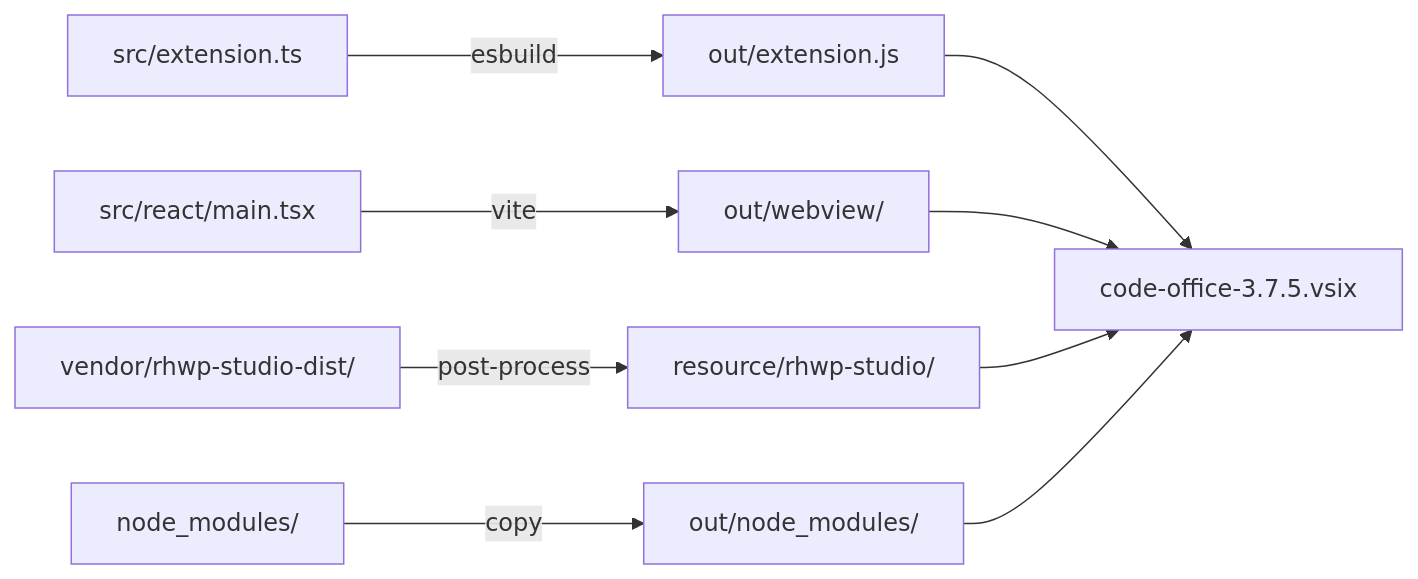
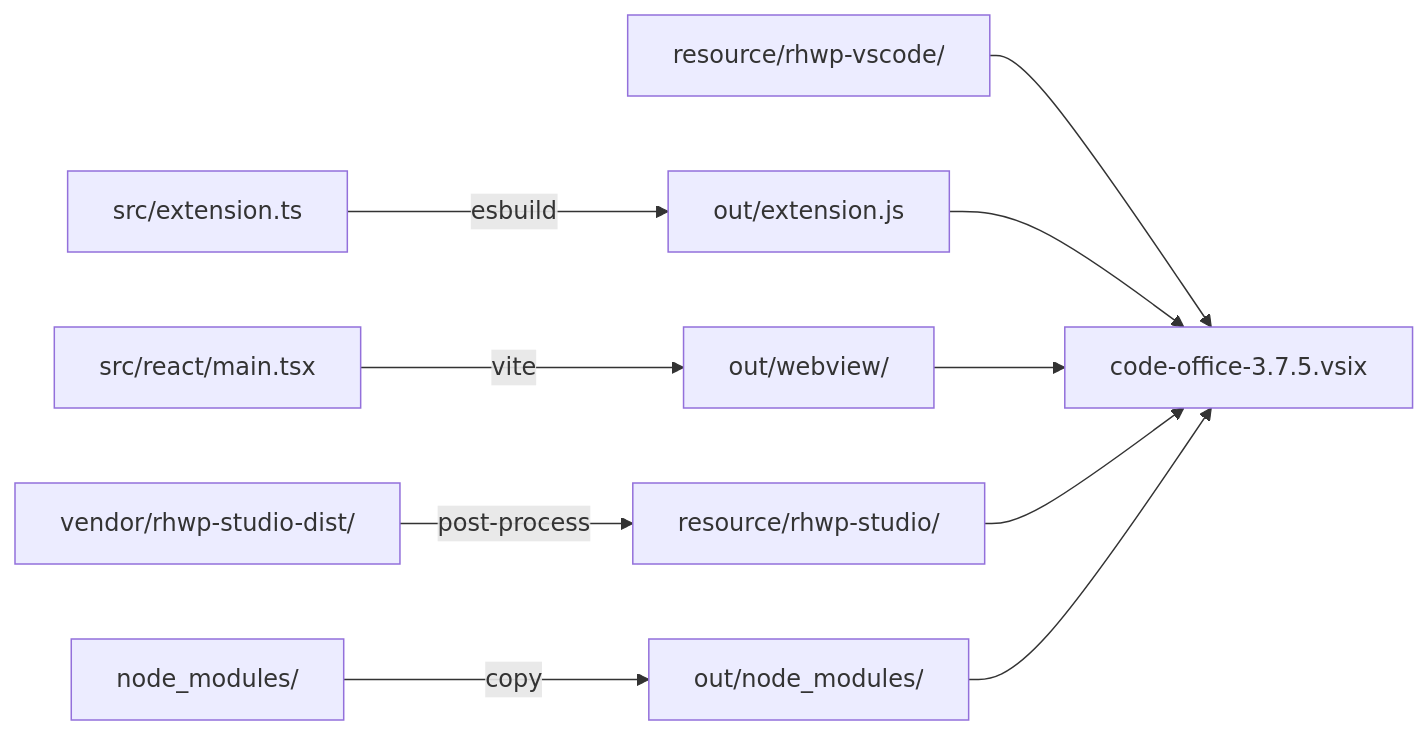
One commit to lidge-jun/code-office changed the diagram in structure/05-build-release.md. Above: the diagram before and after it, drawn with Mermaid. The commit also changed other lines of this file and 44 other files, not shown here.

````diff
--- a/structure/05-build-release.md
+++ b/structure/05-build-release.md
@@ -17,11 +17,12 @@
 ```mermaid
 graph LR
     SRC["src/extension.ts"] -->|esbuild| EXT["out/extension.js"]
     REACT["src/react/main.tsx"] -->|vite| WV["out/webview/"]
     VENDOR["vendor/rhwp-studio-dist/"] -->|post-process| RHWP["resource/rhwp-studio/"]
+    RHWPV["resource/rhwp-vscode/"] --> VSIX
     DEPS["node_modules/"] -->|copy| BUNDLE["out/node_modules/"]
     EXT --> VSIX["code-office-3.7.5.vsix"]
     WV --> VSIX
     RHWP --> VSIX
     BUNDLE --> VSIX
 ```
````
